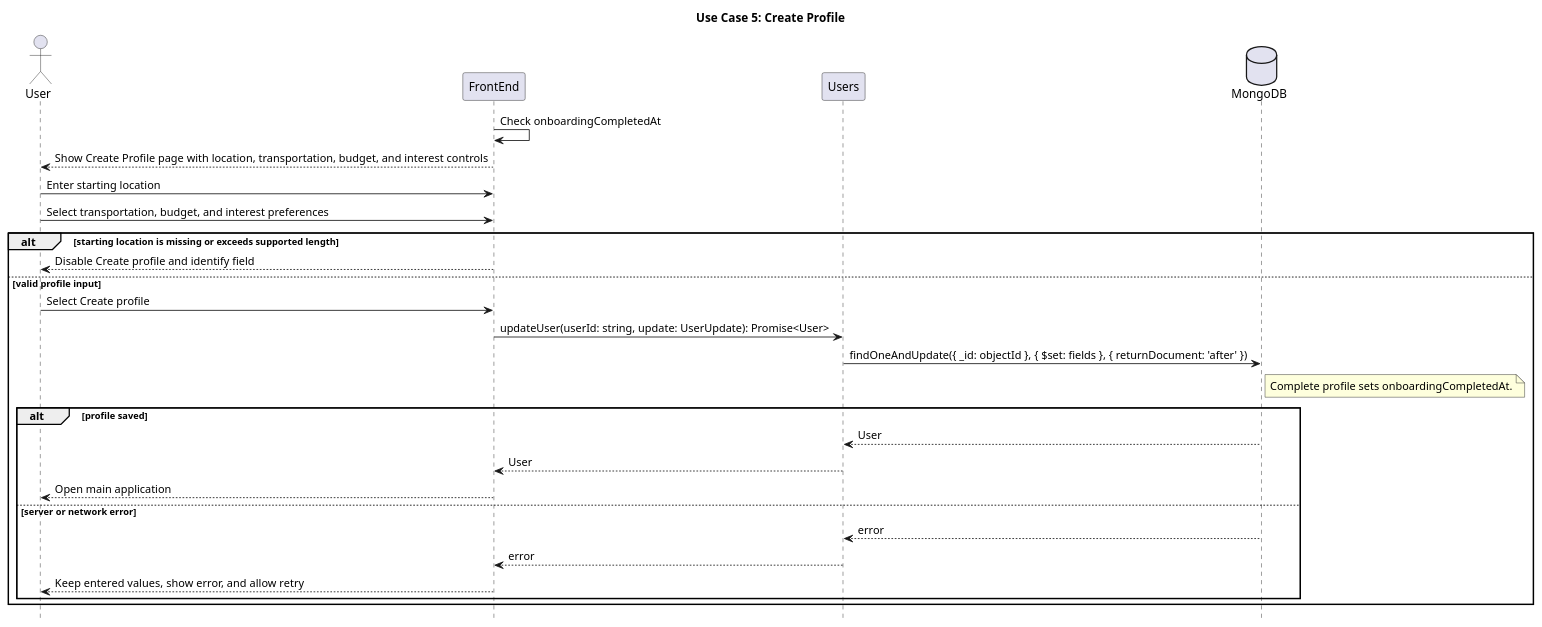
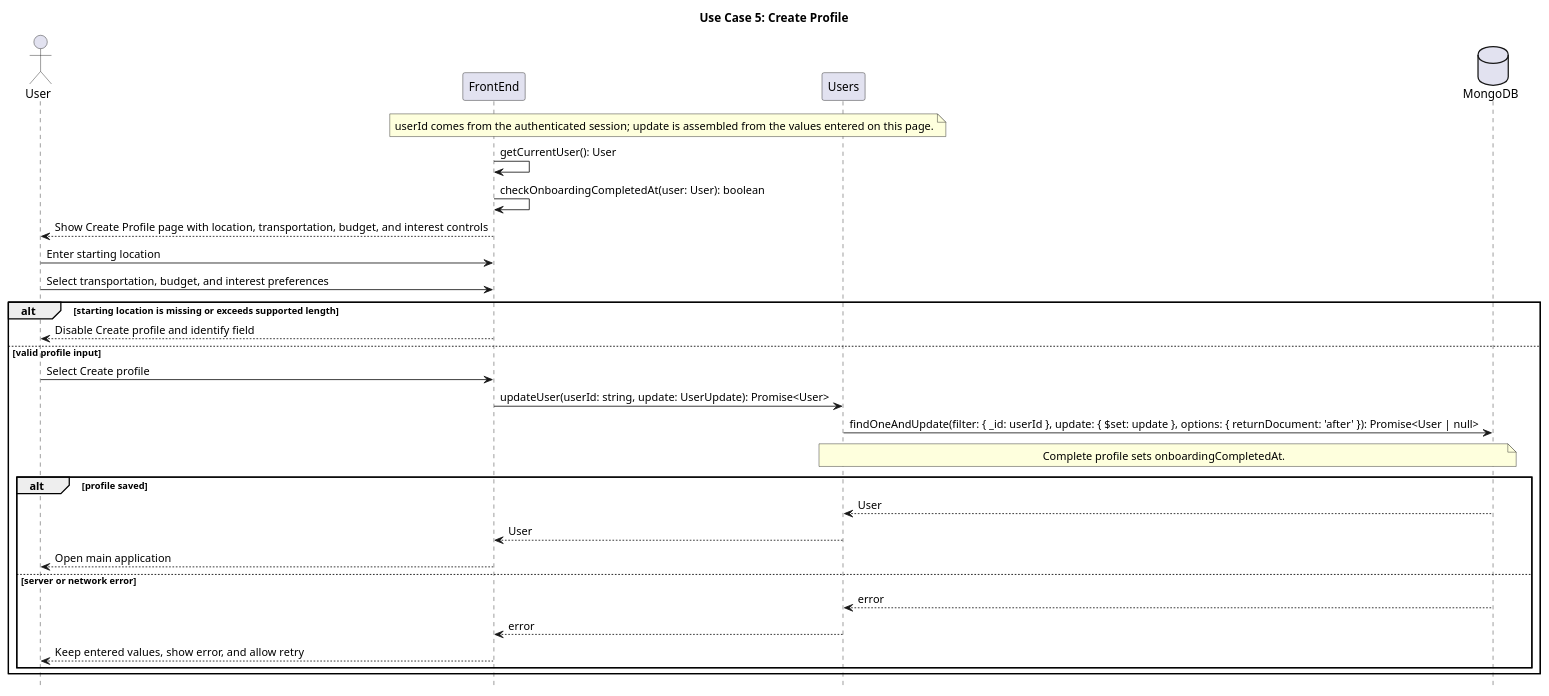
Before and after one commit to islamhampriv/ExploreUBC: the diagram in documentation/images/create_profile_seq_diagram.puml, drawn with PlantUML. The commit also changed 24 other files, not shown here.

```diff
--- a/documentation/images/create_profile_seq_diagram.puml
+++ b/documentation/images/create_profile_seq_diagram.puml
@@ -1,33 +1,36 @@
 @startuml
 title Use Case 5: Create Profile
 hide footbox
 skinparam ParticipantStyle rectangle
 skinparam Shadowing false
 
 actor User
 participant "FrontEnd" as App
 participant "Users" as Users
 database "MongoDB" as DB
 
-App -> App : Check onboardingCompletedAt
+note over App,Users : userId comes from the authenticated session; update is assembled from the values entered on this page.
+App -> App : getCurrentUser(): User
+
+App -> App : checkOnboardingCompletedAt(user: User): boolean
 App --> User : Show Create Profile page with location, transportation, budget, and interest controls
 User -> App : Enter starting location
 User -> App : Select transportation, budget, and interest preferences
 alt starting location is missing or exceeds supported length
     App --> User : Disable Create profile and identify field
 else valid profile input
     User -> App : Select Create profile
     App -> Users : updateUser(userId: string, update: UserUpdate): Promise<User>
-    Users -> DB : findOneAndUpdate({ _id: objectId }, { $set: fields }, { returnDocument: 'after' })
-    note right of DB : Complete profile sets onboardingCompletedAt.
+    Users -> DB : findOneAndUpdate(filter: { _id: userId }, update: { $set: update }, options: { returnDocument: 'after' }): Promise<User | null>
+    note over Users, DB : Complete profile sets onboardingCompletedAt.
     alt profile saved
         DB --> Users : User
         Users --> App : User
         App --> User : Open main application
     else server or network error
         DB --> Users : error
         Users --> App : error
         App --> User : Keep entered values, show error, and allow retry
     end
 end
 @enduml
```
